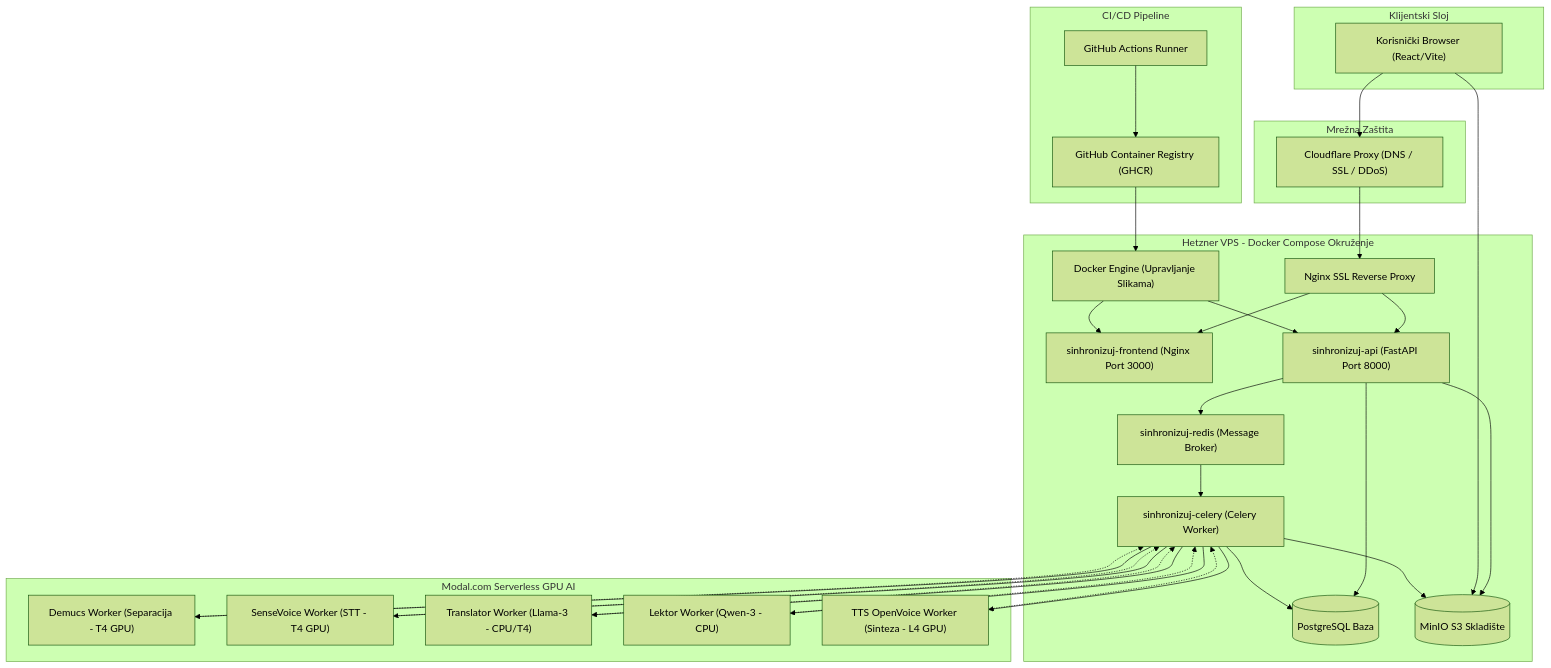
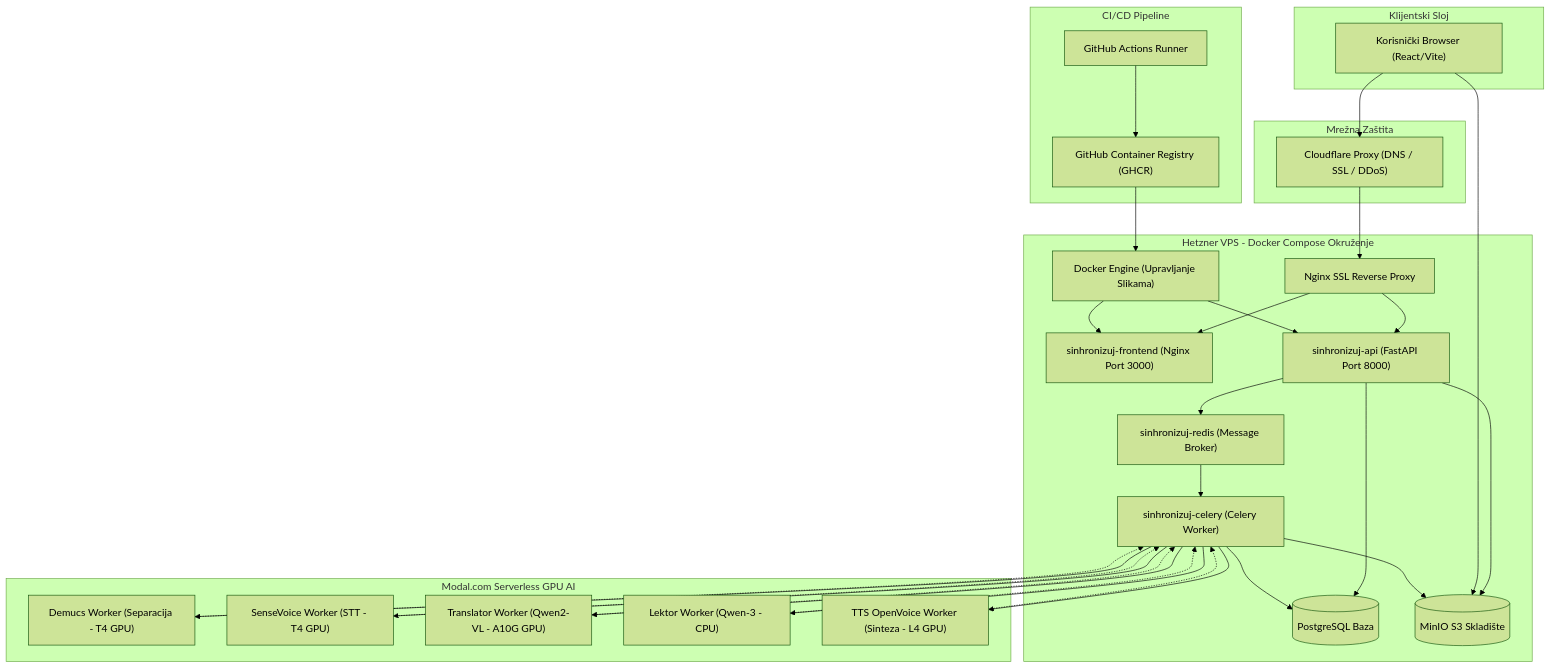
Before and after one commit to Gruya13/sinhronizuj.me: the diagram in README.md, drawn with Mermaid (forest theme). The commit also changed other lines of this file and 3 other files, not shown here.

Commit message:
doc: ispravka modela translatora iz Llama-3 u Qwen2-VL u celoj dokumentaciji

````diff
--- a/README.md
+++ b/README.md
@@ -30,69 +30,69 @@
 ```mermaid
 flowchart TD
     subgraph Klijent ["Klijentski Sloj"]
         Browser["Korisnički Browser (React/Vite)"]
     end
 
     subgraph CF ["Mrežna Zaštita"]
         Cloudflare["Cloudflare Proxy (DNS / SSL / DDoS)"]
     end
 
     subgraph HetznerVPS ["Hetzner VPS - Docker Compose Okruženje"]
         NginxProxy["Nginx SSL Reverse Proxy"]
         Frontend["sinhronizuj-frontend (Nginx Port 3000)"]
         API["sinhronizuj-api (FastAPI Port 8000)"]
         Celery["sinhronizuj-celery (Celery Worker)"]
         Redis["sinhronizuj-redis (Message Broker)"]
         Postgres[(PostgreSQL Baza)]
         MinIO[(MinIO S3 Skladište)]
         DockerDaemon["Docker Engine (Upravljanje Slikama)"]
     end
 
     subgraph ModalCloud ["Modal.com Serverless GPU AI"]
         Demucs["Demucs Worker (Separacija - T4 GPU)"]
         SenseVoice["SenseVoice Worker (STT - T4 GPU)"]
-        Translator["Translator Worker (Llama-3 - CPU/T4)"]
+        Translator["Translator Worker (Qwen2-VL - A10G GPU)"]
         Lektor["Lektor Worker (Qwen-3 - CPU)"]
         TTS["TTS OpenVoice Worker (Sinteza - L4 GPU)"]
     end
 
     subgraph GitHubFlow ["CI/CD Pipeline"]
         GHActions["GitHub Actions Runner"]
         GHCR["GitHub Container Registry (GHCR)"]
     end
 
     %% Klijentske veze
     Browser --> Cloudflare
     Cloudflare --> NginxProxy
     NginxProxy --> Frontend
     NginxProxy --> API
 
     %% API veze
     API --> Postgres
     API --> MinIO
     Browser --> MinIO
     API --> Redis
     Redis --> Celery
 
     %% Celery radnik i Modal veze
     Celery --> Demucs
     Celery --> SenseVoice
     Celery --> Translator
     Celery --> Lektor
     Celery --> TTS
 
     Demucs -.-> Celery
     SenseVoice -.-> Celery
     Translator -.-> Celery
     Lektor -.-> Celery
     TTS -.-> Celery
 
     Celery --> MinIO
     Celery --> Postgres
 
     %% CI/CD Tok
     GHActions --> GHCR
     GHCR --> DockerDaemon
     DockerDaemon --> Frontend
     DockerDaemon --> API
 ```
````
